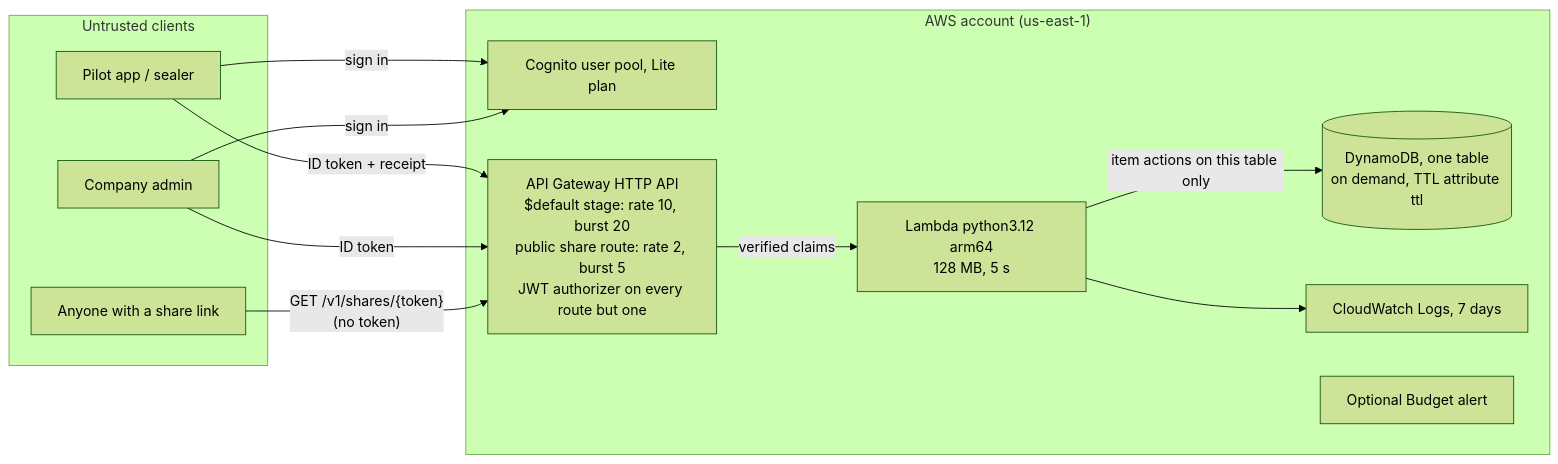
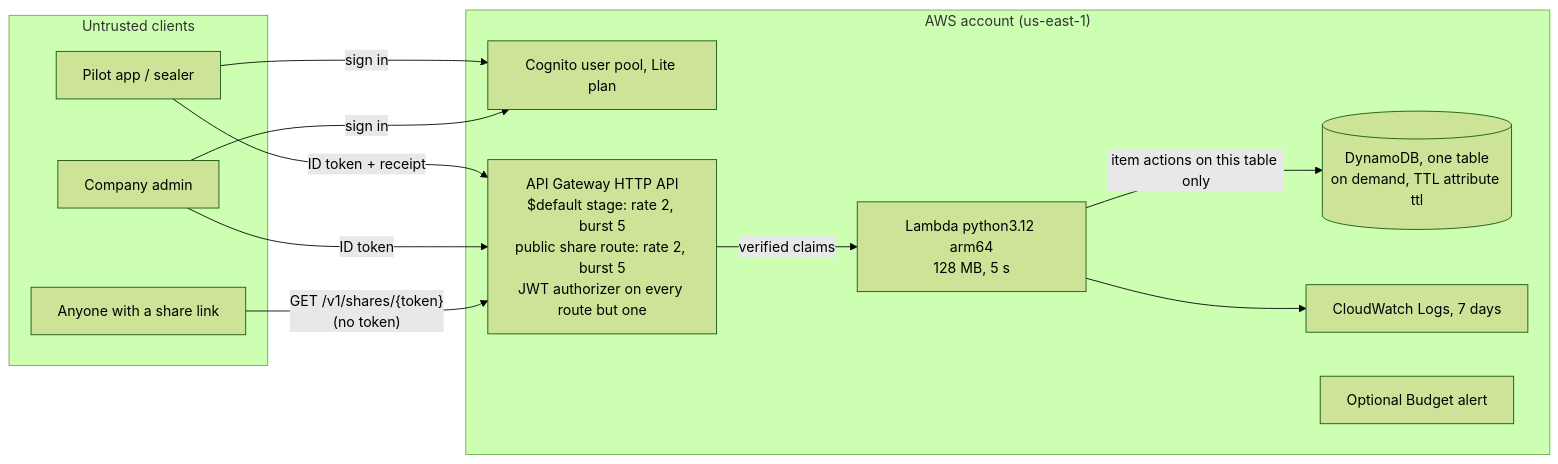
Before and after one commit to anirudh763/flightseal: the diagram in docs/aws/ARCHITECTURE_AWS.md, drawn with Mermaid (forest theme). The commit also changed 6 other files, not shown here.

First line of the commit message:
fix(infra): stage throttle 2 rps / burst 5; cite AWS text on billing and throttling

````diff
--- a/docs/aws/ARCHITECTURE_AWS.md
+++ b/docs/aws/ARCHITECTURE_AWS.md
@@ -14,24 +14,24 @@
 ```mermaid
 flowchart LR
   subgraph Client["Untrusted clients"]
     P[Pilot app / sealer]
     A[Company admin]
     V[Anyone with a share link]
   end
   subgraph AWS["AWS account (us-east-1)"]
     C[Cognito user pool, Lite plan]
-    G["API Gateway HTTP API<br/>$default stage: rate 10, burst 20<br/>public share route: rate 2, burst 5<br/>JWT authorizer on every route but one"]
+    G["API Gateway HTTP API<br/>$default stage: rate 2, burst 5<br/>public share route: rate 2, burst 5<br/>JWT authorizer on every route but one"]
     L["Lambda python3.12 arm64<br/>128 MB, 5 s"]
     D[("DynamoDB, one table<br/>on demand, TTL attribute ttl")]
     W[CloudWatch Logs, 7 days]
     B[Optional Budget alert]
   end
   P -- "sign in" --> C
   A -- "sign in" --> C
   P -- "ID token + receipt" --> G
   A -- "ID token" --> G
   V -- "GET /v1/shares/{token}<br/>(no token)" --> G
   G -- "verified claims" --> L
   L -- "item actions on this table only" --> D
   L --> W
 ```
````
